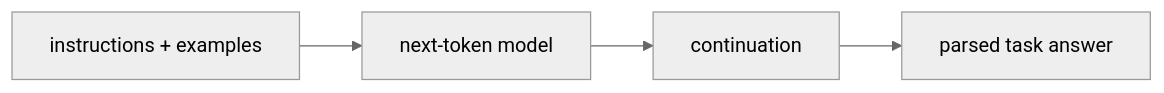
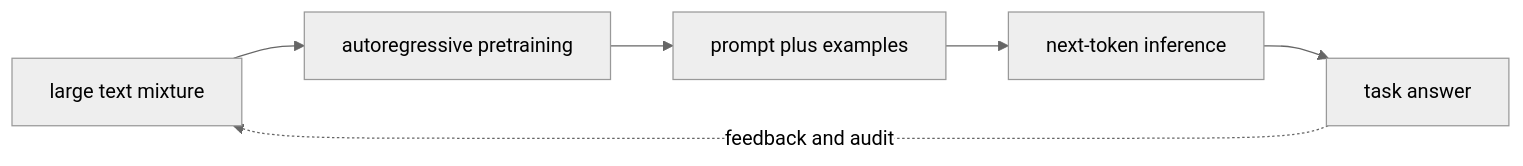
Before and after one commit to niyama-admin/learning-lab: the first of 2 diagrams in llm-learning-repository/tutorials/01-foundations/03-gpt3.md, drawn with Mermaid (neutral theme). The commit also changed other lines of this file and 24 other files, not shown here.

````diff
--- a/llm-learning-repository/tutorials/01-foundations/03-gpt3.md
+++ b/llm-learning-repository/tutorials/01-foundations/03-gpt3.md
@@ -9,6 +22,8 @@
 ```mermaid
 flowchart LR
-  A["instructions + examples"] --> B["next-token model"]
-  B["next-token model"] --> C["continuation"]
-  C["continuation"] --> D["parsed task answer"]
+  A["large text mixture"] --> B["autoregressive pretraining"]
+  B --> C["prompt plus examples"]
+  C --> D["next-token inference"]
+  D --> E["task answer"]
+  E -. feedback and audit .-> A
 ```
````
